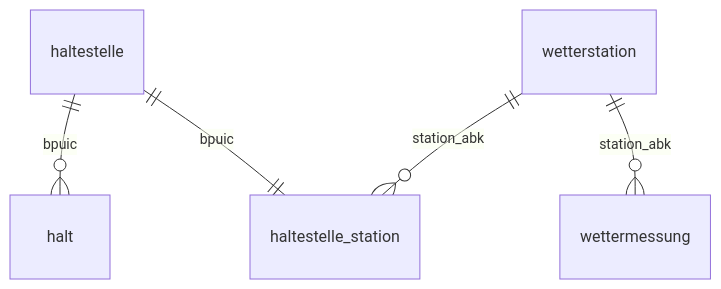
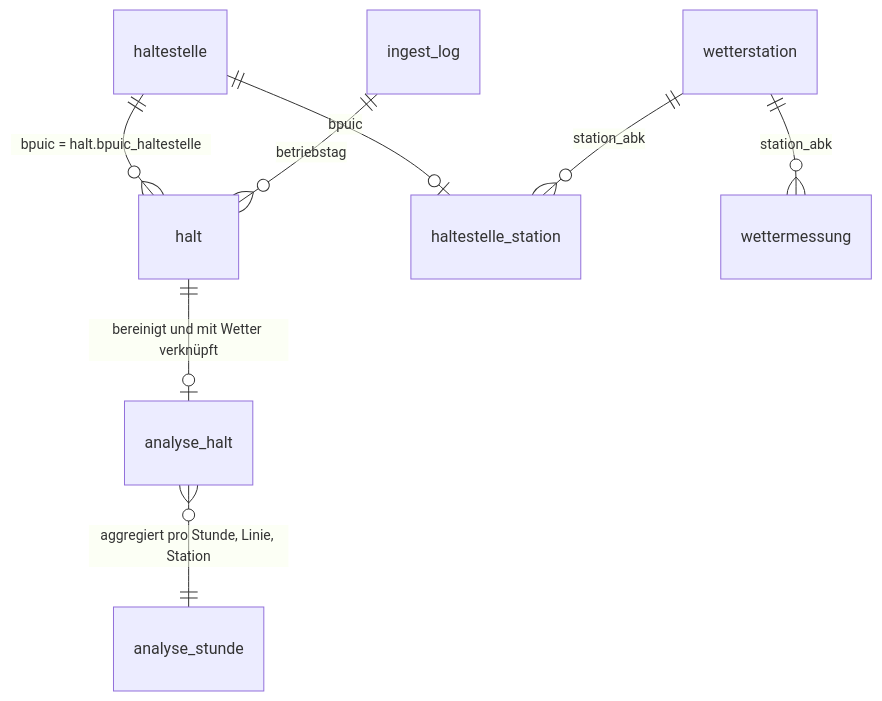
The diagram in docs/storage_evaluation.md (zeitmann/oev-wetter), drawn with Mermaid before and after one commit. The commit also changed other lines of this file and 18 other files, not shown here.

````diff
--- a/docs/storage_evaluation.md
+++ b/docs/storage_evaluation.md
@@ -49,7 +51,10 @@
 ```mermaid
 erDiagram
-    haltestelle ||--o{ halt : "bpuic"
-    haltestelle ||--|| haltestelle_station : "bpuic"
+    haltestelle ||--o{ halt : "bpuic = halt.bpuic_haltestelle"
+    haltestelle ||--o| haltestelle_station : "bpuic"
     wetterstation ||--o{ haltestelle_station : "station_abk"
     wetterstation ||--o{ wettermessung : "station_abk"
+    halt ||--o| analyse_halt : "bereinigt und mit Wetter verknüpft"
+    analyse_halt }o--|| analyse_stunde : "aggregiert pro Stunde, Linie, Station"
+    ingest_log ||--o{ halt : "betriebstag"
 ```
````
